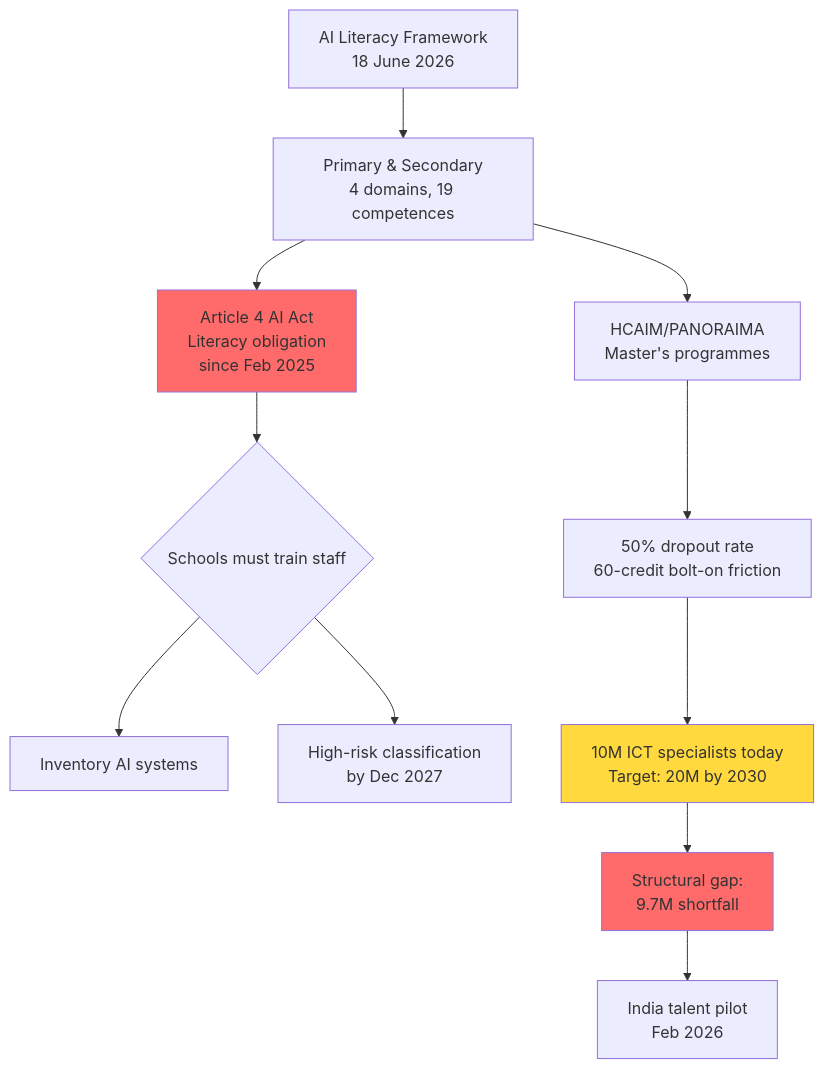
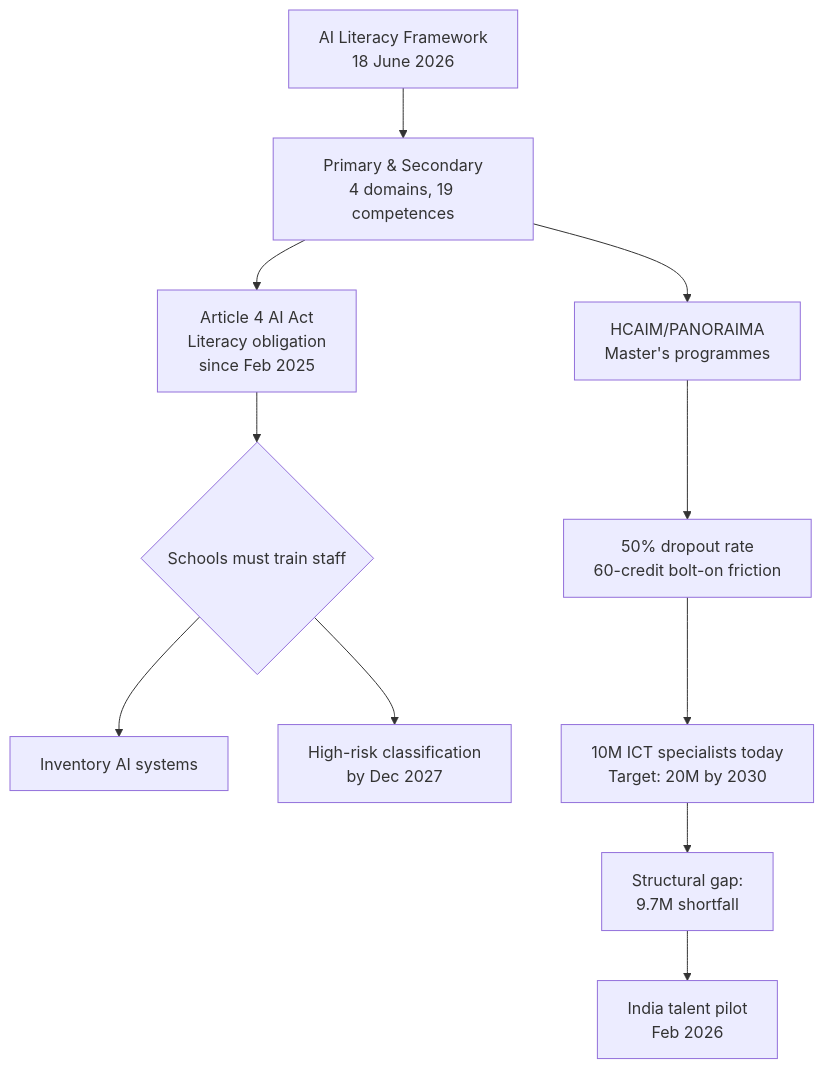
One commit to TarrySingh/tarrysingh-com changed the diagram in content/blog/we-finally-have-a-definition-and-it-s.mdx. Above: the diagram before and after it, drawn with Mermaid. The commit also changed other lines of this file and 115 other files, not shown here.

````diff
--- a/content/blog/we-finally-have-a-definition-and-it-s.mdx
+++ b/content/blog/we-finally-have-a-definition-and-it-s.mdx
@@ -67,16 +51,13 @@
 ```mermaid
 flowchart TD
     A[AI Literacy Framework<br/>18 June 2026] --> B[Primary & Secondary<br/>4 domains, 19 competences]
     B --> C[Article 4 AI Act<br/>Literacy obligation<br/>since Feb 2025]
     C --> D{Schools must train staff}
     D --> E[Inventory AI systems]
     D --> F[High-risk classification<br/>by Dec 2027]
     B --> G[HCAIM/PANORAIMA<br/>Master's programmes]
     G --> H[50% dropout rate<br/>60-credit bolt-on friction]
     H --> I[10M ICT specialists today<br/>Target: 20M by 2030]
     I --> J[Structural gap:<br/>9.7M shortfall]
     J --> K[India talent pilot<br/>Feb 2026]
-    style C fill:#ff6b6b
-    style I fill:#ffd93d
-    style J fill:#ff6b6b
 ```
````
